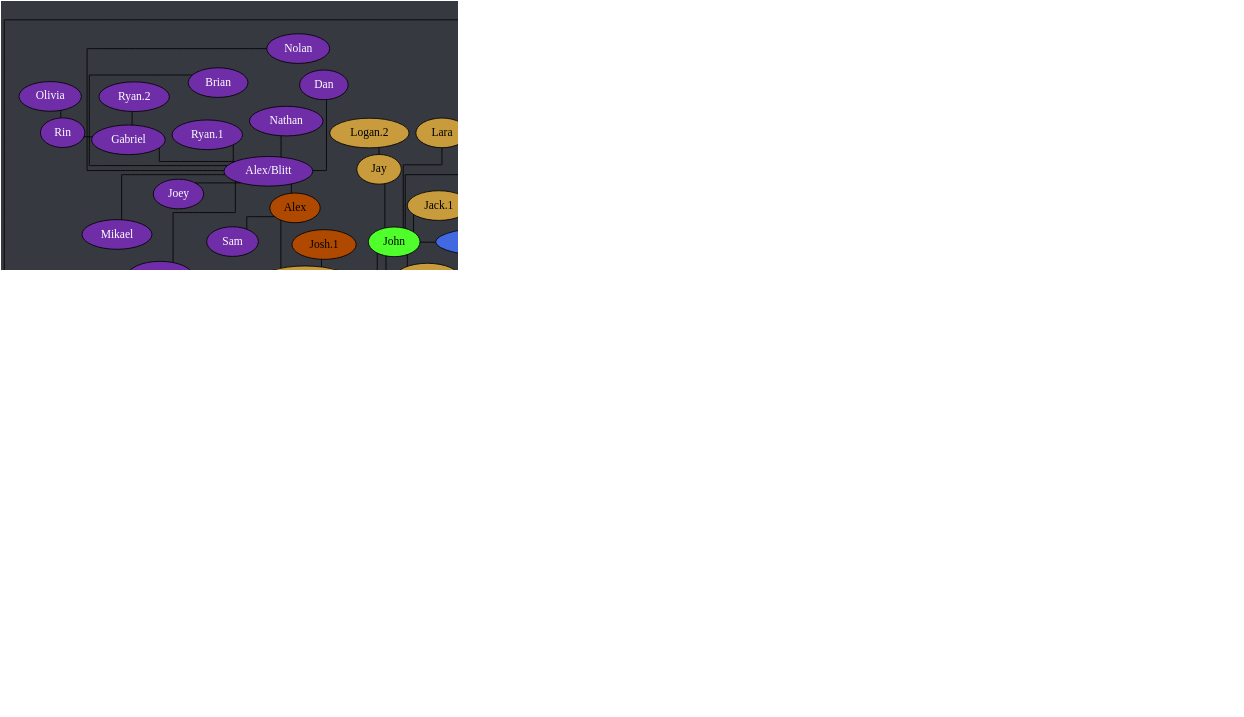
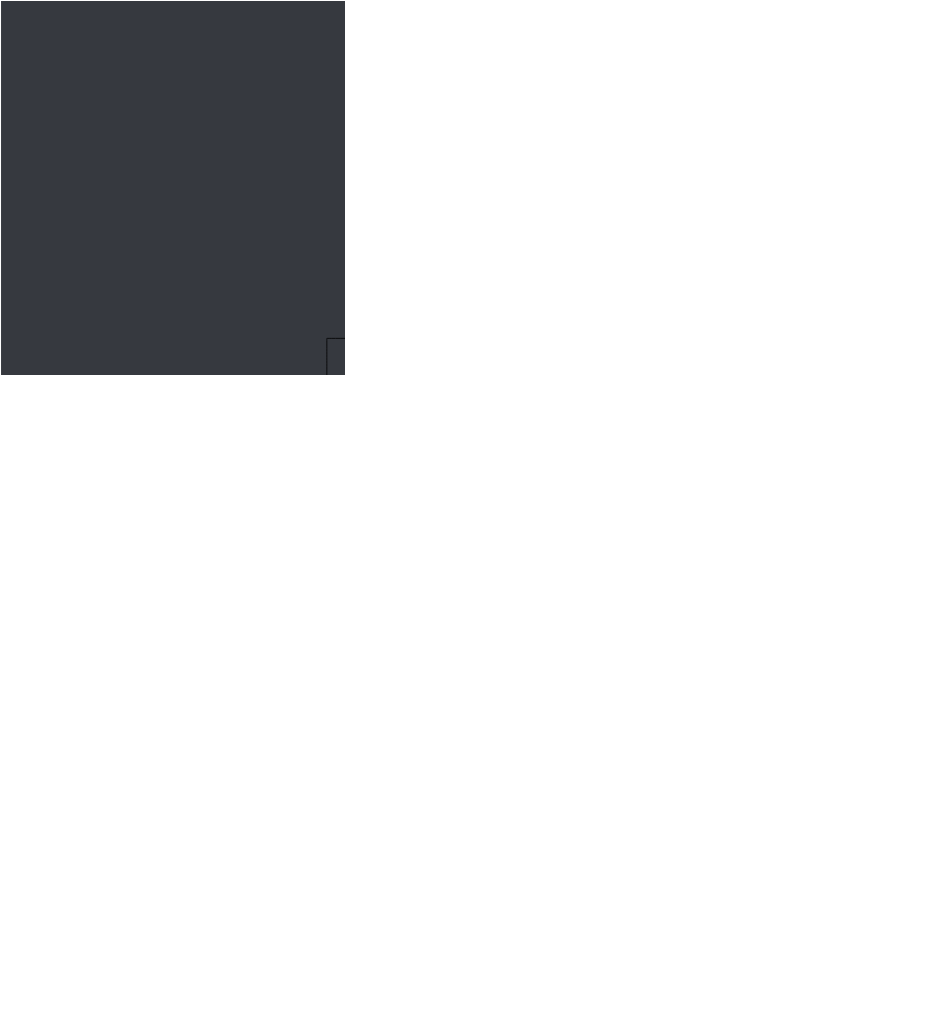
One commit to Documidas/CoronaCatzFamilyTree changed the diagram in tree.dot. Above: the diagram before and after it, drawn with Graphviz. The commit also changed 1 other file, not shown here.

Commit message:
Add Christian

```diff
--- a/tree.dot
+++ b/tree.dot
@@ -1,184 +1,185 @@
 strict graph {
 	// Layout Configuration
 	layout = neato;
 	dpi = 200;
 	epsilon = 0.01;
 	mode = major;
 	model = subset;
 	overlap = false;
 	splines = ortho;
 	start = rand;
 
 	// Visual Configuration
 	graph [ truecolor=true bgcolor="#36393f" ];
 	node [ style=filled fillcolor="gray" fontcolor="black" ];
 
 	subgraph "Joel" {
 		node [ style=filled fillcolor="firebrick4" fontcolor="white" ];
 		Joel [ style=filled fillcolor="gold" fontcolor="black" ];
 
 		Cayla -- Ali;
 		Cayla -- Jake;
 		Cayla -- Jonathan;
 		Cayla -- "Nick.1";
 		Cayla -- Ranger;
 		Cayla -- Ross;
 		Joel -- Anders;
 		Joel -- Austin;
 		Joel -- Cayla;
 		Joel -- Jared;
 		Joel -- Patrick;
 		Joel -- Steven;
 		Joel -- Zachry;
 		Zachry -- Syd;
 	}
 
 	subgraph "Anders" {
 		node [ style=filled fillcolor="green4" fontcolor="white" ];
 		// Anders [ style=filled fillcolor="green4" fontcolor="white" ];
 
 		Anders -- Chiara;
 		Anders -- "Cody.1";
 		Anders -- Cole;
 		Anders -- Daniel;
 		Anders -- Derek;
 		Anders -- DJ;
 		Anders -- Jen;
 		Anders -- "Matt.2";
 		Anders -- Solis;
 		Anders -- Wyatt;
 		Anders -- Viwat;
 		Anders -- "Zach.0";
 		Anders -- Zack;
 	}
 
 	subgraph "Jared" {
 		node [ style=filled fillcolor="royalblue" fontcolor="black" ];
 		// Jared [ style=filled fillcolor="royalblue" fontcolor="black" ];
 
 		Aly -- "Nick.2";
 		America -- "Kat.2";
 		Brandi -- Justine;
 		"Bryan.1" -- "Brandon.2";
 		"Bryan.1" -- "Cody.2";
 		"Bryan.1" -- Lori;
 		"Bryan.1" -- "Matt.3";
 		"Bryan.1" -- Nebtune;
 		Donnie -- Aiyo;
 		Donnie -- "Alex.2";
 		Donnie -- Aresty;
 		Donnie -- "Bryan.1";
 		Donnie -- Hua;
 		Donnie -- Mello;
 		Donnie -- Mia;
 		Donnie -- Mimi;
 		Donnie -- Moon;
 		Donnie -- "Nick.2";
 		Donnie -- Naomi;
 		Donnie -- Serge;
 		Donnie -- Vala;
 		Gaby -- "Chris.2";
 		Lori -- "Brandon.1";
 		Jared -- Alexander;
 		Jared -- Ben;
 		Jared -- Brandi;
 		Jared -- "Carter-1.0";
 		Jared -- Chad;
 		Jared -- Dave;
 		Jared -- Donnie;
 		Jared -- Em;
 		Jared -- Fabi;
 		Jared -- Frank;
 		Jared -- Hannah;
 		Jared -- "John Boi";
 		Jared -- "Josh.2";
 		Jared -- Mason;
 		Jared -- "Matt.1";
 		Jared -- Mehmet;
 		Jared -- Nam;
 		Jared -- Pixie;
 		Jared -- Spencer;
 		Jared -- Tyler;
 		Jared -- "Zach/Laniakea";
 		Jared -- Zoe;
 		"John Boi" -- Hardie;
 		Mimi -- Hia;
 		Moon -- "Brandon.3";
 		Tyler -- Aly;
 		Tyler -- "Alex.3";
 		Tyler -- America;
 		Tyler -- "Bryan.2";
 		Tyler -- Gaby;
 		Zoe -- Aiden;
 		Zoe -- Simon;
 	}
 
 	subgraph "Zach/Laniakea" {
 		node [ style=filled fillcolor="#4eff2c" fontcolor="black" ];
 		// "Zach/Laniakea" [ style=filled fillcolor="#4eff2c" fontcolor="black" ];
 
 		"Caio.2" -- "Kyle.1";
 		"Caio.2" -- Lucas;
 		"Ryan/Des" -- Marcus;
 		"Zach/Laniakea" -- "Caio.2";
 		"Zach/Laniakea" -- John;
 		"Zach/Laniakea" -- "Logan.1";
 		"Zach/Laniakea" -- Kevin;
 		"Zach/Laniakea" -- Kody;
 		"Zach/Laniakea" -- "Kyle.0";
 		"Zach/Laniakea" -- Mike;
 		"Zach/Laniakea" -- "Ryan/Des";
 		"Zach/Laniakea" -- "Ryan/Winters";
 		"Ryan/Winters" -- "Zach.1";
 	}
 
 	subgraph "John" {
 		node [ style=filled fillcolor="#c89b3c" fontcolor="black" ];
 		// John [ style=filled fillcolor="#c89b3c" fontcolor="black" ];
 
 		Jay -- "Logan.2";
 		John -- Anna;
 		John -- Emily;
 		John -- Haber;
 		John -- Jay;
 		John -- "Jack.1";
 		John -- Lara;
 		John -- "Thomas.1";
 	}
 
 	subgraph "Thomas.1" {
 		node [ style=filled fillcolor="#b04900" fontcolor="black" ];
 		// "Thomas.1" [ style=filled fillcolor="#b04900" fontcolor="black" ];
 
 		"Da'Von" -- Dalton;
 		"Da'Von" -- Jon;
 		"Da'Von" -- Karma;
 		"Da'Von" -- Zeller;
 		Dalton -- "Carter.2";
 		"Thomas.1" -- Alex;
+		"Thomas.1" -- Christian;
 		"Thomas.1" -- "Da'Von";
 		"Thomas.1" -- Dre;
 		"Thomas.1" -- "Josh.1";
 		"Thomas.1" -- "Tony.1";
 	}
 
 	subgraph "Alex" {
 		node [ style=filled fillcolor="#6f2da8" fontcolor="white" ];
 		// Alex [ style=filled fillcolor="#6f2da8" fontcolor="black" ];
 
 		Alex -- "Alex/Blitt";
 		Alex -- Sam;
 		"Alex/Blitt" -- Brian;
 		"Alex/Blitt" -- Dan;
 		"Alex/Blitt" -- Gabriel;
 		"Alex/Blitt" -- Joey;
 		"Alex/Blitt" -- "Kyle.3";
 		"Alex/Blitt" -- Mikael;
 		"Alex/Blitt" -- Nathan;
 		"Alex/Blitt" -- Nolan;
 		"Alex/Blitt" -- "Ryan.1";
 		Gabriel -- Rin;
 		Gabriel -- "Ryan.2";
 		Rin -- Olivia;
 	}
 }
```
